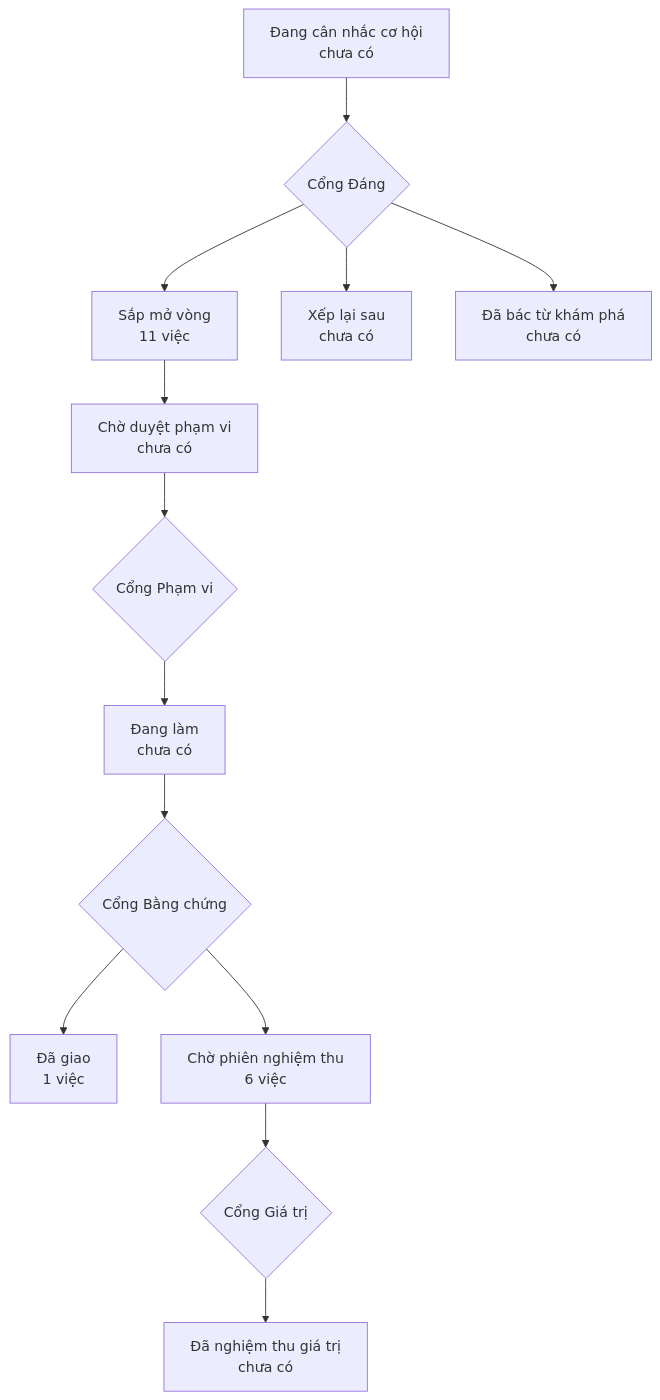
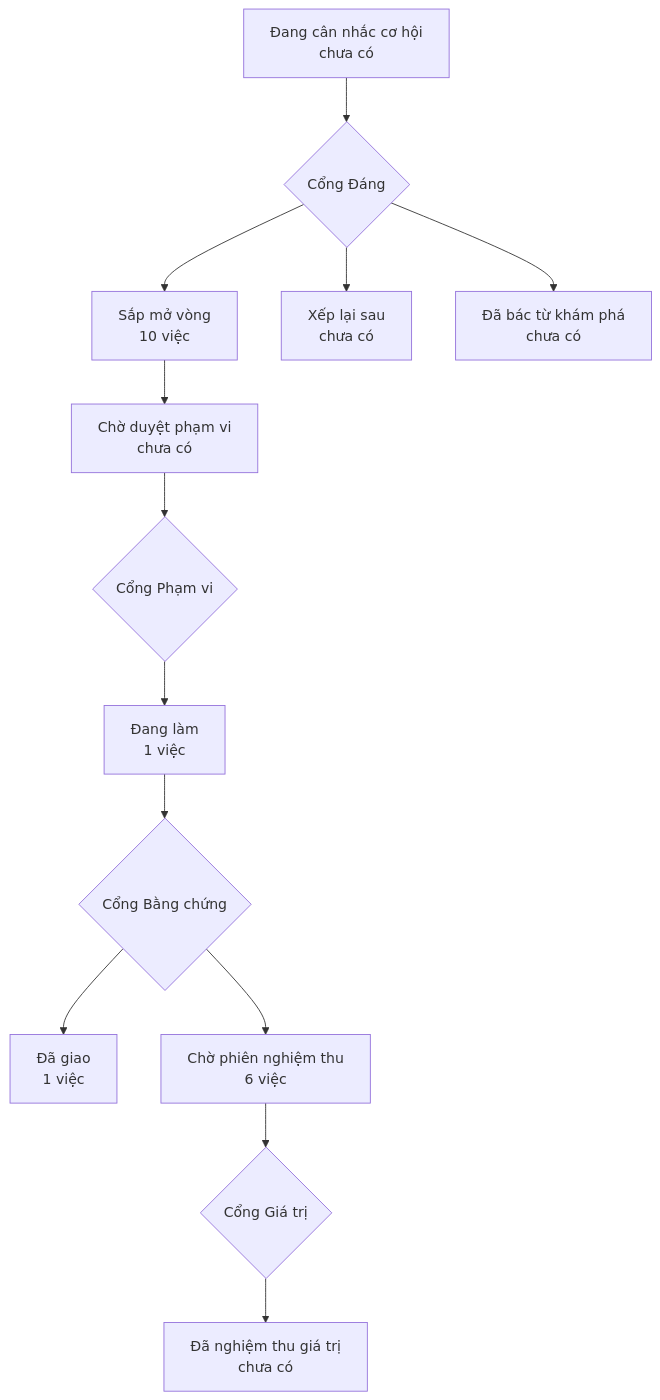
The diagram in PRODUCT-MAP.md (phanlemanh/onehub-inventory), drawn with Mermaid before and after one commit. The commit also changed other lines of this file and 1 other file, not shown here.

Commit message:
chore: regenerate PRODUCT-MAP.md and LO-TRINH.html by machine

````diff
--- a/PRODUCT-MAP.md
+++ b/PRODUCT-MAP.md
@@ -7,12 +7,12 @@
 ```mermaid
 flowchart TD
   A["Đang cân nhắc cơ hội<br/>chưa có"] --> GD{"Cổng Đáng"}
-  GD --> B["Sắp mở vòng<br/>11 việc"]
+  GD --> B["Sắp mở vòng<br/>10 việc"]
   GD --> XL["Xếp lại sau<br/>chưa có"]
   GD --> DB["Đã bác từ khám phá<br/>chưa có"]
   B --> CD["Chờ duyệt phạm vi<br/>chưa có"] --> GP{"Cổng Phạm vi"}
-  GP --> DL["Đang làm<br/>chưa có"] --> GB{"Cổng Bằng chứng"}
+  GP --> DL["Đang làm<br/>1 việc"] --> GB{"Cổng Bằng chứng"}
   GB --> DG["Đã giao<br/>1 việc"]
   GB --> CN["Chờ phiên nghiệm thu<br/>6 việc"] --> GG{"Cổng Giá trị"}
   GG --> NT["Đã nghiệm thu giá trị<br/>chưa có"]
 ```
````
